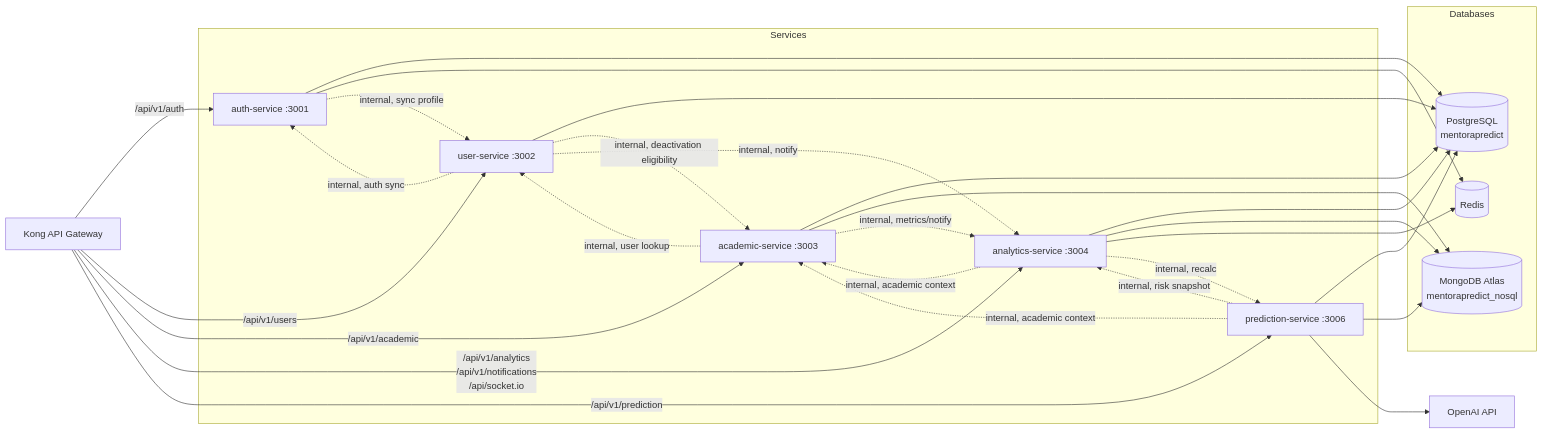
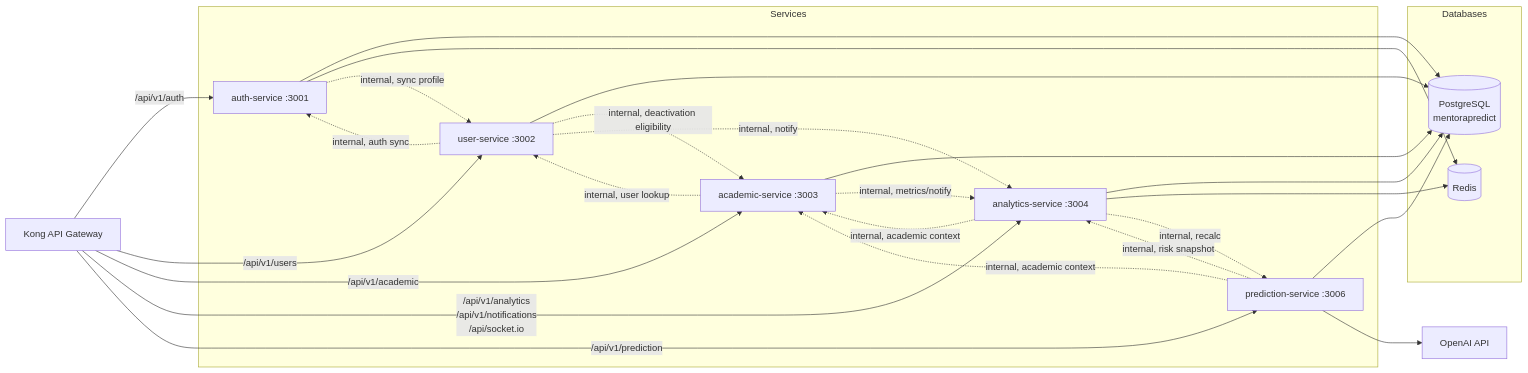
The diagram in docs/architecture/diagrams/microservices.mmd (MentoraPredict/MentoraPredict), drawn with Mermaid before and after one commit. The commit also changed 26 other files, not shown here.

```diff
--- a/docs/architecture/diagrams/microservices.mmd
+++ b/docs/architecture/diagrams/microservices.mmd
@@ -1,47 +1,42 @@
 graph LR
   APIGW[Kong API Gateway]
   subgraph Services
     AUTH[auth-service :3001]
     USER[user-service :3002]
     ACADEMIC[academic-service :3003]
     ANALYTICS[analytics-service :3004]
     PRED[prediction-service :3006]
   end
   subgraph Databases
     PG[(PostgreSQL<br/>mentorapredict)]
-    MONGO[(MongoDB Atlas<br/>mentorapredict_nosql)]
     REDIS[(Redis)]
   end
   EXT[OpenAI API]
 
   APIGW -->|/api/v1/auth| AUTH
   APIGW -->|/api/v1/users| USER
   APIGW -->|/api/v1/academic| ACADEMIC
   APIGW -->|/api/v1/analytics<br/>/api/v1/notifications<br/>/api/socket.io| ANALYTICS
   APIGW -->|/api/v1/prediction| PRED
 
   AUTH --> PG
   USER --> PG
   ACADEMIC --> PG
   ANALYTICS --> PG
   PRED --> PG
 
-  ACADEMIC --> MONGO
-  ANALYTICS --> MONGO
-  PRED --> MONGO
-
   AUTH --> REDIS
   ANALYTICS --> REDIS
 
   PRED --> EXT
 
   AUTH -.->|internal, sync profile| USER
   USER -.->|internal, auth sync| AUTH
   USER -.->|internal, deactivation eligibility| ACADEMIC
   USER -.->|internal, notify| ANALYTICS
   ACADEMIC -.->|internal, metrics/notify| ANALYTICS
   ACADEMIC -.->|internal, user lookup| USER
   ANALYTICS -.->|internal, academic context| ACADEMIC
   ANALYTICS -.->|internal, recalc| PRED
   PRED -.->|internal, risk snapshot| ANALYTICS
   PRED -.->|internal, academic context| ACADEMIC
```
